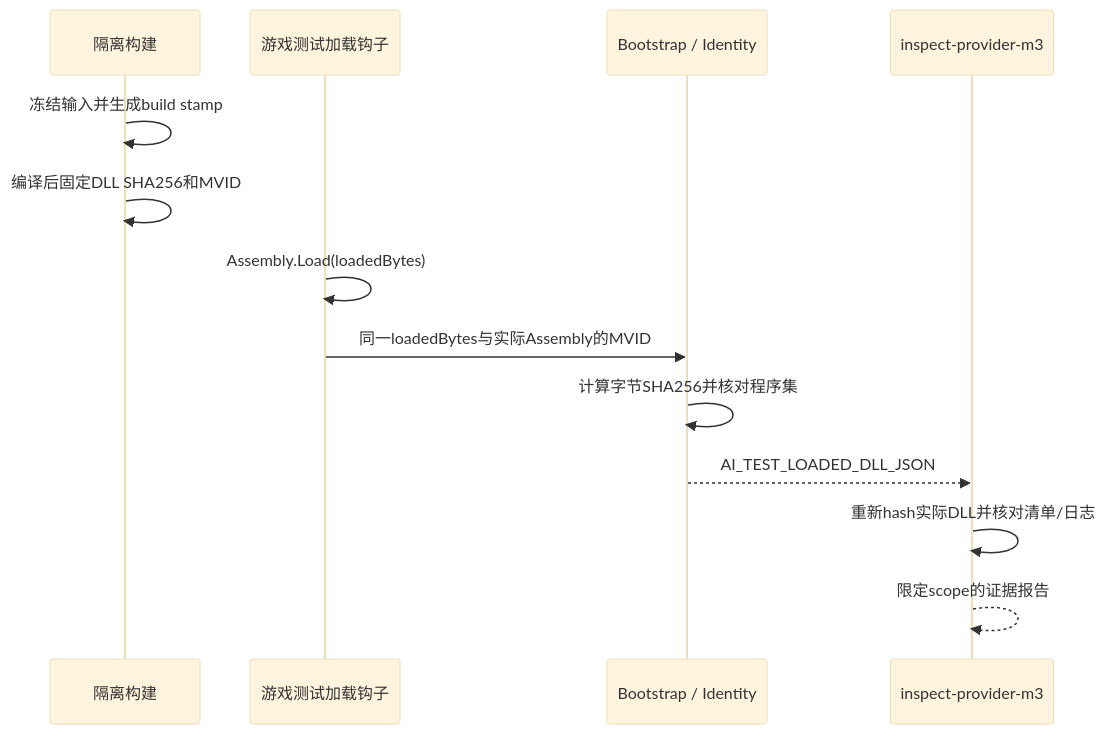
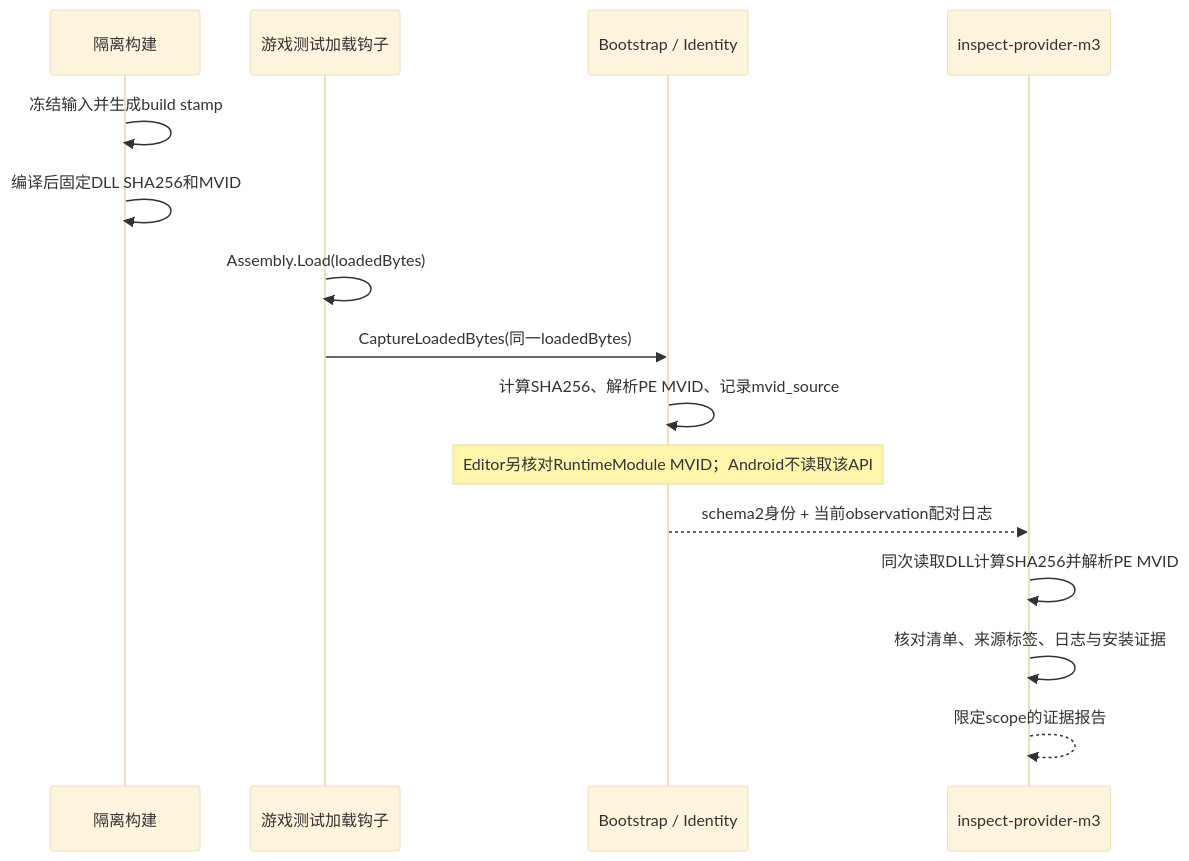
One commit to caiyipeng2/AI-Test-Agent changed the second of 2 diagrams in docs/m3/runtime-provider.md. Above: the diagram before and after it, drawn with Mermaid (base theme). The commit also changed other lines of this file and 21 other files, not shown here.

Commit message:
feat: close Android readonly bridge validation with dedicated test builds

````diff
--- a/docs/m3/runtime-provider.md
+++ b/docs/m3/runtime-provider.md
@@ -65,15 +66,17 @@
 ```mermaid
 sequenceDiagram
     participant Build as 隔离构建
     participant Load as 游戏测试加载钩子
     participant Bridge as Bootstrap / Identity
     participant Host as inspect-provider-m3
     Build->>Build: 冻结输入并生成build stamp
     Build->>Build: 编译后固定DLL SHA256和MVID
     Load->>Load: Assembly.Load(loadedBytes)
-    Load->>Bridge: 同一loadedBytes与实际Assembly的MVID
-    Bridge->>Bridge: 计算字节SHA256并核对程序集
-    Bridge-->>Host: AI_TEST_LOADED_DLL_JSON
-    Host->>Host: 重新hash实际DLL并核对清单/日志
+    Load->>Bridge: CaptureLoadedBytes(同一loadedBytes)
+    Bridge->>Bridge: 计算SHA256、解析PE MVID、记录mvid_source
+    Note over Bridge: Editor另核对RuntimeModule MVID；Android不读取该API
+    Bridge-->>Host: schema2身份 + 当前observation配对日志
+    Host->>Host: 同次读取DLL计算SHA256并解析PE MVID
+    Host->>Host: 核对清单、来源标签、日志与安装证据
     Host-->>Host: 限定scope的证据报告
 ```
````
